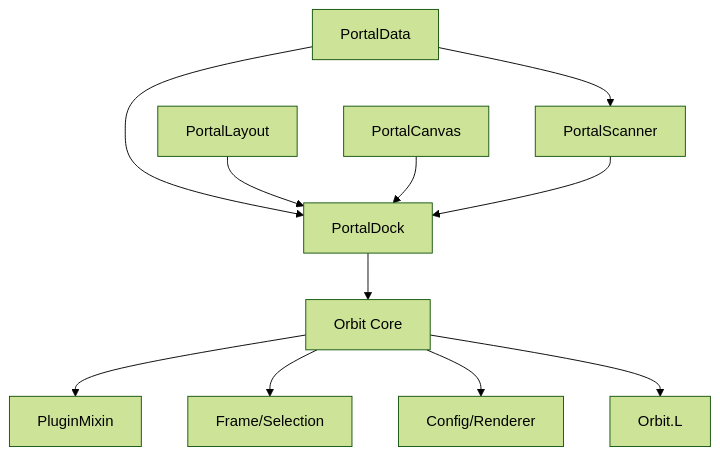
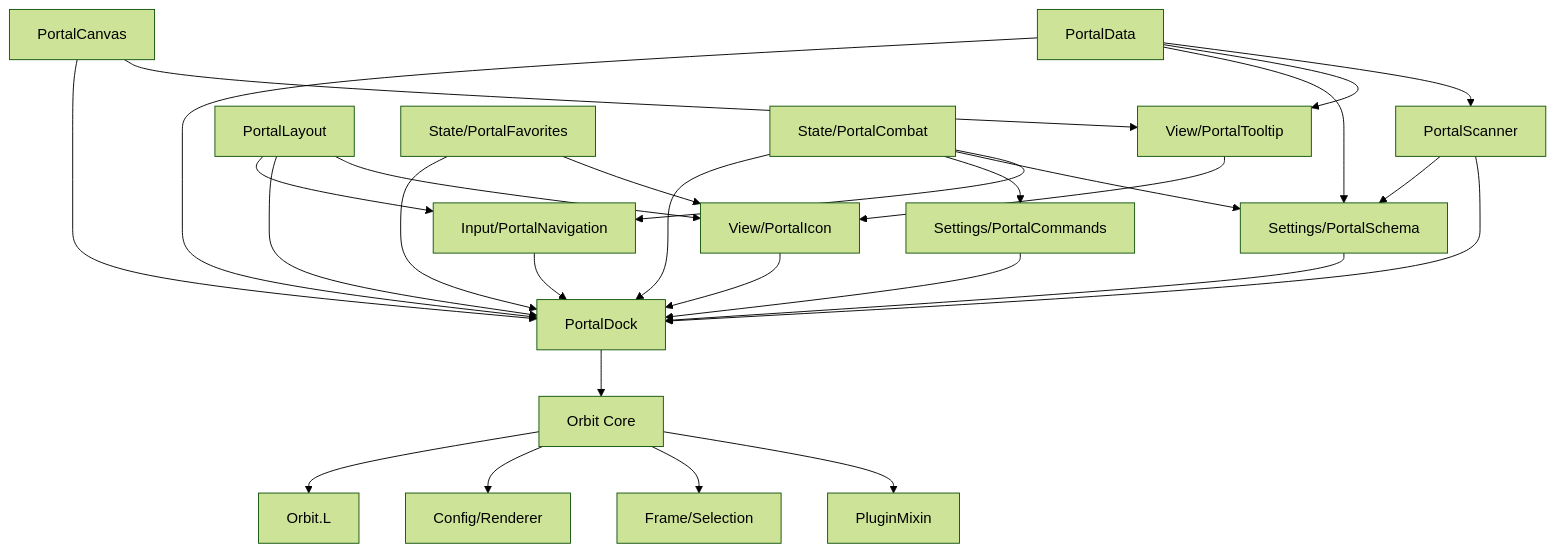
Before and after one commit to MoONSHO7/Orbit-Dock-Portal: the diagram in README.md, drawn with Mermaid (forest theme). The commit also changed other lines of this file and 9 other files, not shown here.

````diff
--- a/README.md
+++ b/README.md
@@ -21,13 +50,37 @@
 ```mermaid
 graph TD
     PD[PortalData] --> Scanner[PortalScanner]
+    PD --> Tooltip[View/PortalTooltip]
+    PD --> Schema[Settings/PortalSchema]
     PD --> Dock[PortalDock]
-    Layout[PortalLayout] --> Dock
-    Canvas[PortalCanvas] --> Dock
+
+    Layout[PortalLayout] --> Icon[View/PortalIcon]
+    Layout --> Dock
+    Layout --> Nav[Input/PortalNavigation]
+
+    Canvas[PortalCanvas] --> Tooltip
+    Canvas --> Dock
+
     Scanner --> Dock
+    Scanner --> Schema
+
+    Favorites[State/PortalFavorites] --> Icon
+    Favorites --> Dock
+
+    Combat[State/PortalCombat] --> Nav
+    Combat --> Schema
+    Combat --> Commands[Settings/PortalCommands]
+    Combat --> Dock
+
+    Tooltip --> Icon
+    Icon --> Dock
+    Nav --> Dock
+    Schema --> Dock
+    Commands --> Dock
+
     Dock --> OrbitCore[Orbit Core]
     OrbitCore --> PluginMixin[PluginMixin]
     OrbitCore --> Frame[Frame/Selection]
     OrbitCore --> Config[Config/Renderer]
     OrbitCore --> L[Orbit.L]
 ```
````
